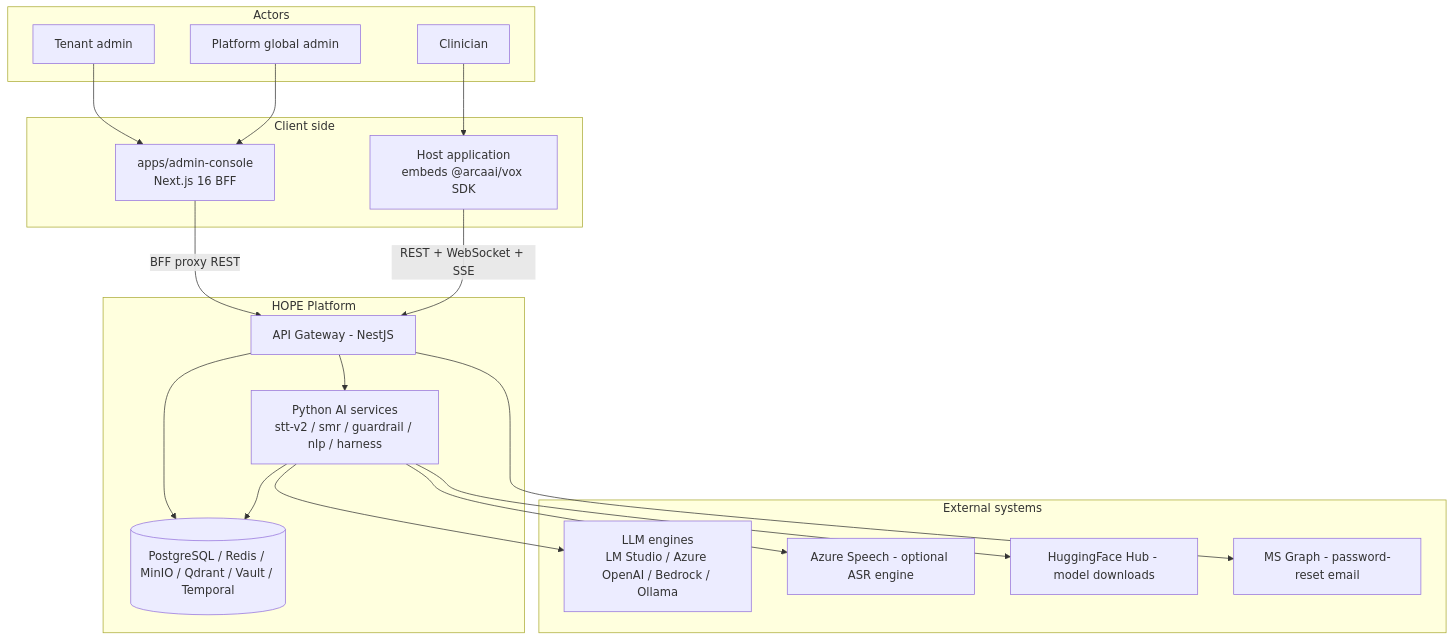
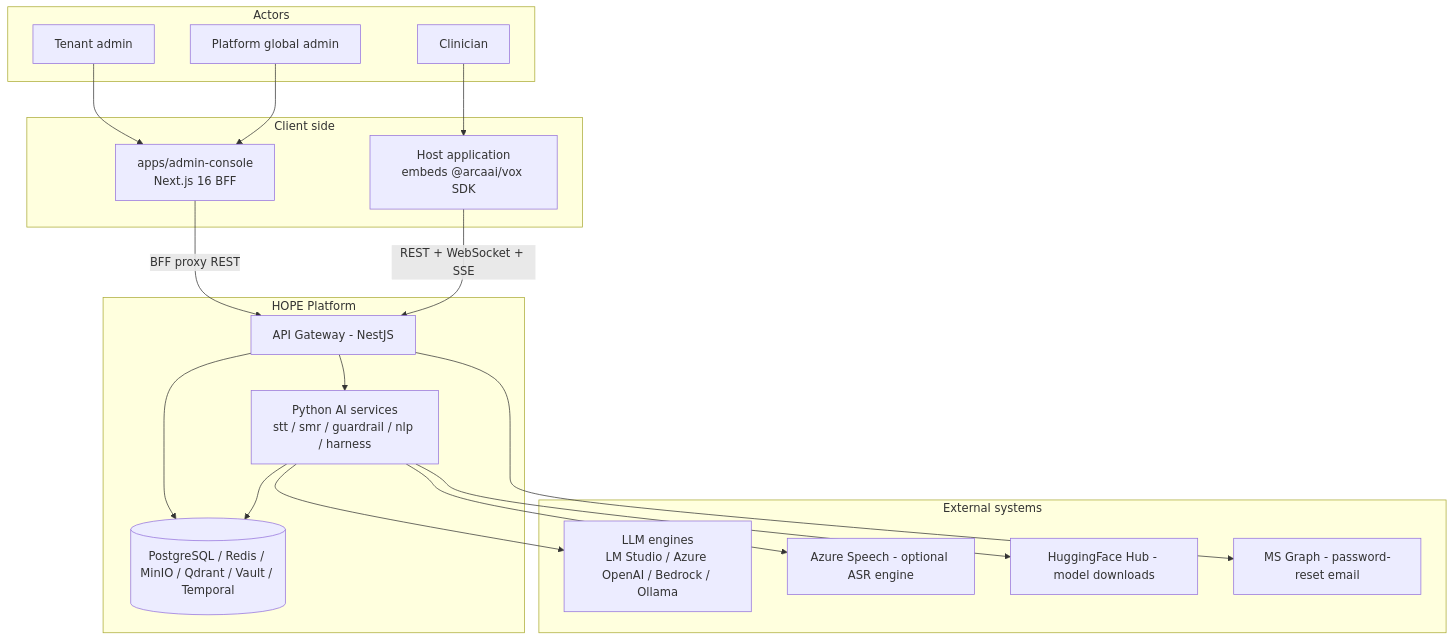
The first of 4 diagrams in docs/architecture/overview.md (ArcaAI/vox-platform-study), drawn with Mermaid before and after one commit. The commit also changed other lines of this file and 1459 other files, not shown here.

````diff
--- a/docs/architecture/overview.md
+++ b/docs/architecture/overview.md
@@ -37,39 +37,39 @@
 ```mermaid
 graph TB
     subgraph actors[Actors]
         DOC[Clinician]
         TADM[Tenant admin]
         SADM[Platform global admin]
     end
 
     subgraph client[Client side]
         HOST["Host application<br/>embeds @arcaai/vox SDK"]
         ADMIN["apps/admin-console<br/>Next.js 16 BFF"]
     end
 
     subgraph hope[HOPE Platform]
         API["API Gateway - NestJS"]
-        PY["Python AI services<br/>stt-v2 / smr / guardrail / nlp / harness"]
+        PY["Python AI services<br/>stt / smr / guardrail / nlp / harness"]
         DATA[("PostgreSQL / Redis / MinIO / Qdrant / Vault / Temporal")]
     end
 
     subgraph external[External systems]
         LLM["LLM engines<br/>LM Studio / Azure OpenAI / Bedrock / Ollama"]
         AZSPEECH["Azure Speech - optional ASR engine"]
         HF["HuggingFace Hub - model downloads"]
         MSG["MS Graph - password-reset email"]
     end
 
     DOC --> HOST
     TADM --> ADMIN
     SADM --> ADMIN
     ADMIN -->|BFF proxy REST| API
     HOST -->|REST + WebSocket + SSE| API
     API --> PY
     API --> DATA
     PY --> DATA
     PY --> LLM
     PY --> AZSPEECH
     PY --> HF
     API --> MSG
 ```
````
